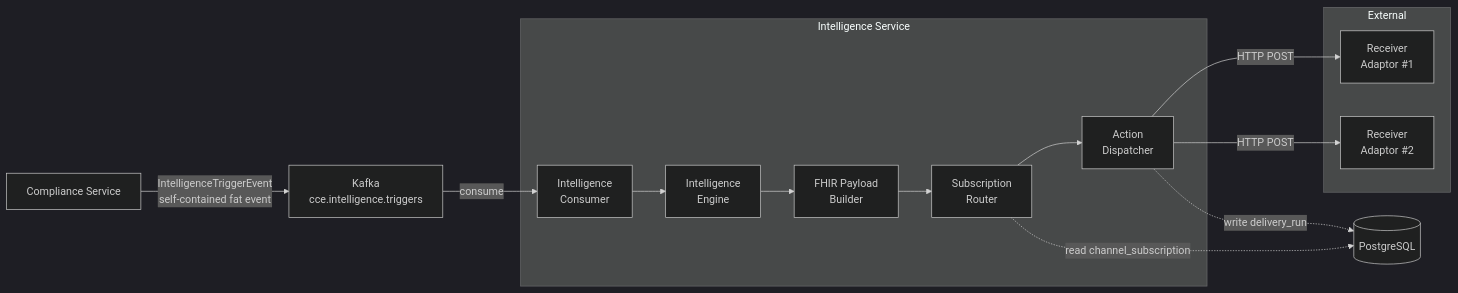
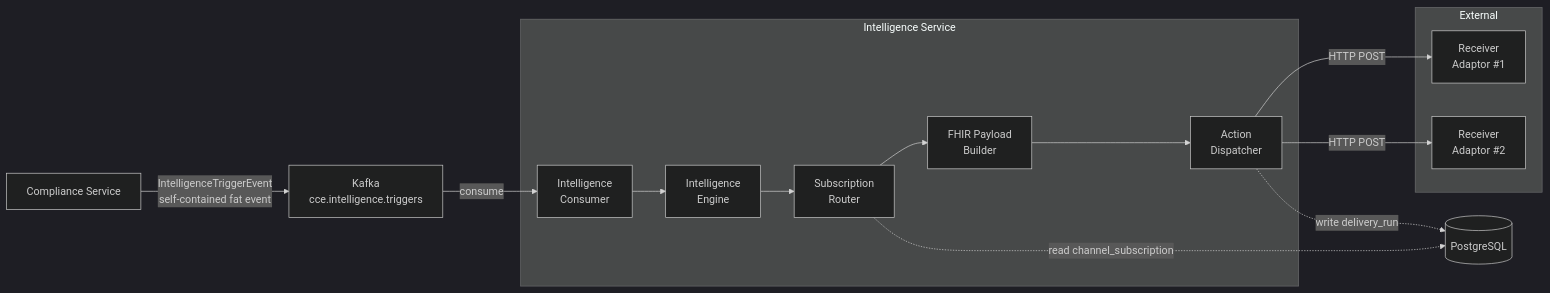
Before and after one commit to Jayaprakash8887/cce-intelligence-service: the first of 13 diagrams in docs/flow-diagrams.md, drawn with Mermaid (dark theme). The commit also changed other lines of this file and 5 other files, not shown here.

````diff
--- a/docs/flow-diagrams.md
+++ b/docs/flow-diagrams.md
@@ -24,27 +24,27 @@
 ```mermaid
 flowchart LR
     CS[Compliance Service] -->|IntelligenceTriggerEvent<br/>self-contained fat event| K[Kafka<br/>cce.intelligence.triggers]
     K -->|consume| IC[Intelligence<br/>Consumer]
     IC --> IE[Intelligence<br/>Engine]
-    IE --> FB[FHIR Payload<br/>Builder]
-    FB --> SR[Subscription<br/>Router]
-    SR --> AD[Action<br/>Dispatcher]
+    IE --> SR[Subscription<br/>Router]
+    SR --> FB[FHIR Payload<br/>Builder]
+    FB --> AD[Action<br/>Dispatcher]
     AD -->|HTTP POST| RA1[Receiver<br/>Adaptor #1]
     AD -->|HTTP POST| RA2[Receiver<br/>Adaptor #2]
 
     subgraph Intelligence Service
         IC
         IE
         FB
         SR
         AD
     end
 
     subgraph External
         RA1
         RA2
     end
 
     SR -.->|read channel_subscription| DB[(PostgreSQL)]
     AD -.->|write delivery_run| DB
 ```
````
